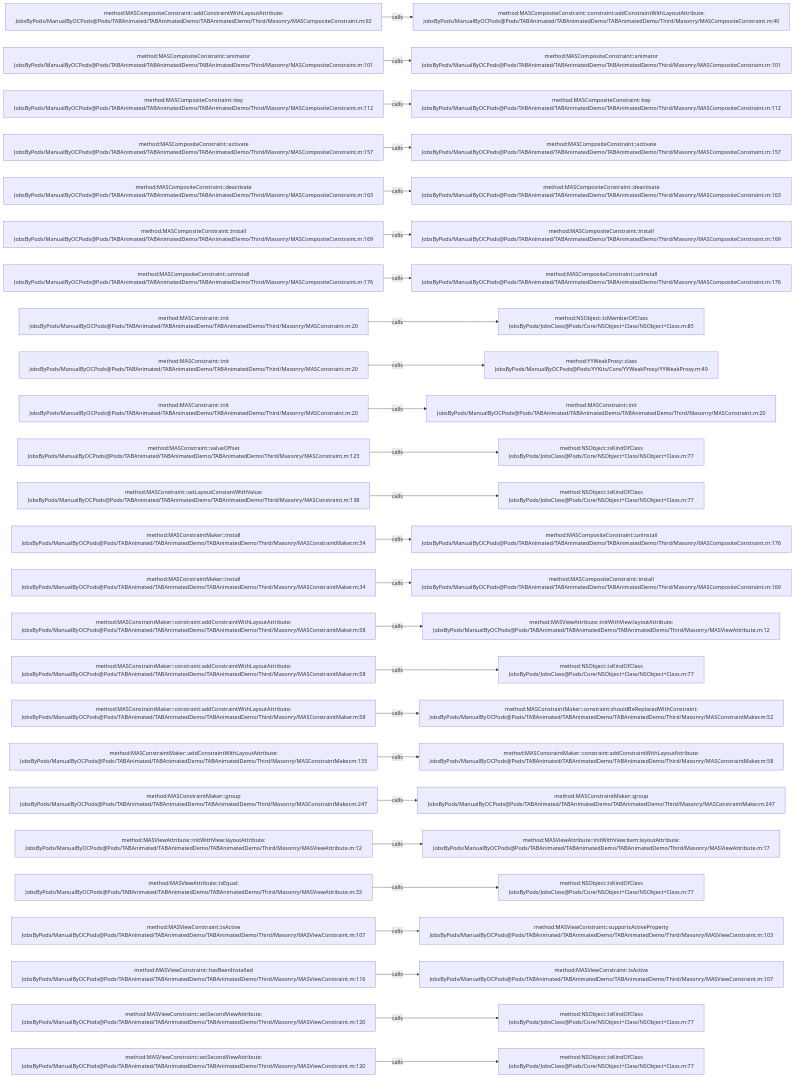
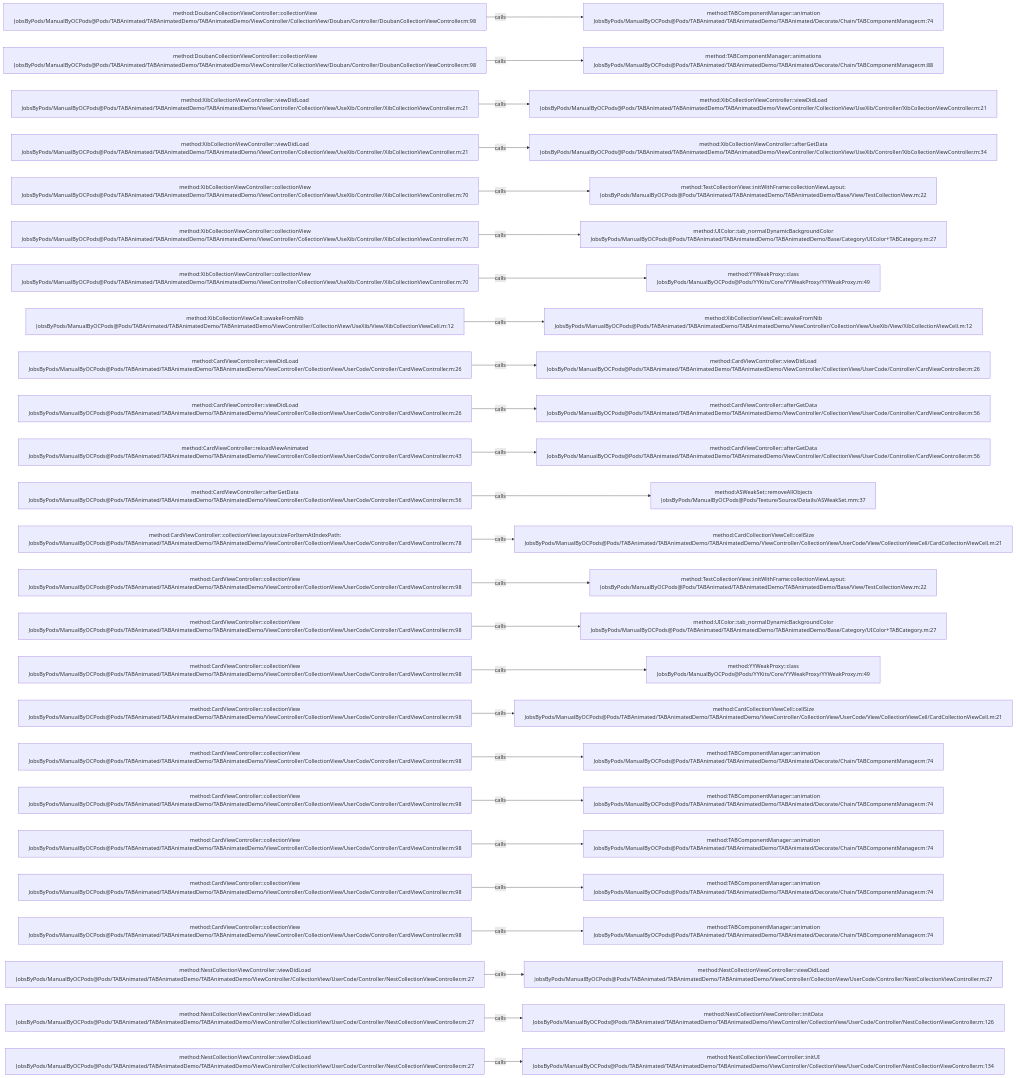
One commit to JobsKits/JobsOCBaseConfigDemo changed the diagram in .codegraph/codegraph.md/graphs/calls-036.md. Above: the diagram before and after it, drawn with Mermaid. The commit also changed 2723 other files, not shown here.

````diff
--- a/.codegraph/codegraph.md/graphs/calls-036.md
+++ b/.codegraph/codegraph.md/graphs/calls-036.md
@@ -13,78 +13,78 @@
 ```mermaid
 flowchart LR
-  S1["method:MASCompositeConstraint::addConstraintWithLayoutAttribute:<br/>JobsByPods/ManualByOCPods@Pods/TABAnimated/TABAnimatedDemo/TABAnimatedDemo/Third/Masonry/MASCompositeConstraint.m:92"]
-  T1["method:MASCompositeConstraint::constraint:addConstraintWithLayoutAttribute:<br/>JobsByPods/ManualByOCPods@Pods/TABAnimated/TABAnimatedDemo/TABAnimatedDemo/Third/Masonry/MASCompositeConstraint.m:40"]
+  S1["method:DoubanCollectionViewController::collectionView<br/>JobsByPods/ManualByOCPods@Pods/TABAnimated/TABAnimatedDemo/TABAnimatedDemo/ViewController/CollectionView/Douban/Controller/DoubanCollectionViewController.m:98"]
+  T1["method:TABComponentManager::animation<br/>JobsByPods/ManualByOCPods@Pods/TABAnimated/TABAnimatedDemo/TABAnimated/Decorate/Chain/TABComponentManager.m:74"]
   S1 -->|calls| T1
-  S2["method:MASCompositeConstraint::animator<br/>JobsByPods/ManualByOCPods@Pods/TABAnimated/TABAnimatedDemo/TABAnimatedDemo/Third/Masonry/MASCompositeConstraint.m:101"]
-  T2["method:MASCompositeConstraint::animator<br/>JobsByPods/ManualByOCPods@Pods/TABAnimated/TABAnimatedDemo/TABAnimatedDemo/Third/Masonry/MASCompositeConstraint.m:101"]
+  S2["method:DoubanCollectionViewController::collectionView<br/>JobsByPods/ManualByOCPods@Pods/TABAnimated/TABAnimatedDemo/TABAnimatedDemo/ViewController/CollectionView/Douban/Controller/DoubanCollectionViewController.m:98"]
+  T2["method:TABComponentManager::animations<br/>JobsByPods/ManualByOCPods@Pods/TABAnimated/TABAnimatedDemo/TABAnimated/Decorate/Chain/TABComponentManager.m:88"]
   S2 -->|calls| T2
-  S3["method:MASCompositeConstraint::key<br/>JobsByPods/ManualByOCPods@Pods/TABAnimated/TABAnimatedDemo/TABAnimatedDemo/Third/Masonry/MASCompositeConstraint.m:112"]
-  T3["method:MASCompositeConstraint::key<br/>JobsByPods/ManualByOCPods@Pods/TABAnimated/TABAnimatedDemo/TABAnimatedDemo/Third/Masonry/MASCompositeConstraint.m:112"]
+  S3["method:XibCollectionViewController::viewDidLoad<br/>JobsByPods/ManualByOCPods@Pods/TABAnimated/TABAnimatedDemo/TABAnimatedDemo/ViewController/CollectionView/UseXib/Controller/XibCollectionViewController.m:21"]
+  T3["method:XibCollectionViewController::viewDidLoad<br/>JobsByPods/ManualByOCPods@Pods/TABAnimated/TABAnimatedDemo/TABAnimatedDemo/ViewController/CollectionView/UseXib/Controller/XibCollectionViewController.m:21"]
   S3 -->|calls| T3
-  S4["method:MASCompositeConstraint::activate<br/>JobsByPods/ManualByOCPods@Pods/TABAnimated/TABAnimatedDemo/TABAnimatedDemo/Third/Masonry/MASCompositeConstraint.m:157"]
-  T4["method:MASCompositeConstraint::activate<br/>JobsByPods/ManualByOCPods@Pods/TABAnimated/TABAnimatedDemo/TABAnimatedDemo/Third/Masonry/MASCompositeConstraint.m:157"]
+  S4["method:XibCollectionViewController::viewDidLoad<br/>JobsByPods/ManualByOCPods@Pods/TABAnimated/TABAnimatedDemo/TABAnimatedDemo/ViewController/CollectionView/UseXib/Controller/XibCollectionViewController.m:21"]
+  T4["method:XibCollectionViewController::afterGetData<br/>JobsByPods/ManualByOCPods@Pods/TABAnimated/TABAnimatedDemo/TABAnimatedDemo/ViewController/CollectionView/UseXib/Controller/XibCollectionViewController.m:34"]
   S4 -->|calls| T4
-  S5["method:MASCompositeConstraint::deactivate<br/>JobsByPods/ManualByOCPods@Pods/TABAnimated/TABAnimatedDemo/TABAnimatedDemo/Third/Masonry/MASCompositeConstraint.m:163"]
-  T5["method:MASCompositeConstraint::deactivate<br/>JobsByPods/ManualByOCPods@Pods/TABAnimated/TABAnimatedDemo/TABAnimatedDemo/Third/Masonry/MASCompositeConstraint.m:163"]
+  S5["method:XibCollectionViewController::collectionView<br/>JobsByPods/ManualByOCPods@Pods/TABAnimated/TABAnimatedDemo/TABAnimatedDemo/ViewController/CollectionView/UseXib/Controller/XibCollectionViewController.m:70"]
+  T5["method:TestCollectionView::initWithFrame:collectionViewLayout:<br/>JobsByPods/ManualByOCPods@Pods/TABAnimated/TABAnimatedDemo/TABAnimatedDemo/Base/View/TestCollectionView.m:22"]
   S5 -->|calls| T5
-  S6["method:MASCompositeConstraint::install<br/>JobsByPods/ManualByOCPods@Pods/TABAnimated/TABAnimatedDemo/TABAnimatedDemo/Third/Masonry/MASCompositeConstraint.m:169"]
-  T6["method:MASCompositeConstraint::install<br/>JobsByPods/ManualByOCPods@Pods/TABAnimated/TABAnimatedDemo/TABAnimatedDemo/Third/Masonry/MASCompositeConstraint.m:169"]
+  S6["method:XibCollectionViewController::collectionView<br/>JobsByPods/ManualByOCPods@Pods/TABAnimated/TABAnimatedDemo/TABAnimatedDemo/ViewController/CollectionView/UseXib/Controller/XibCollectionViewController.m:70"]
+  T6["method:UIColor::tab_normalDynamicBackgroundColor<br/>JobsByPods/ManualByOCPods@Pods/TABAnimated/TABAnimatedDemo/TABAnimatedDemo/Base/Category/UIColor+TABCategory.m:27"]
   S6 -->|calls| T6
-  S7["method:MASCompositeConstraint::uninstall<br/>JobsByPods/ManualByOCPods@Pods/TABAnimated/TABAnimatedDemo/TABAnimatedDemo/Third/Masonry/MASCompositeConstraint.m:176"]
-  T7["method:MASCompositeConstraint::uninstall<br/>JobsByPods/ManualByOCPods@Pods/TABAnimated/TABAnimatedDemo/TABAnimatedDemo/Third/Masonry/MASCompositeConstraint.m:176"]
+  S7["method:XibCollectionViewController::collectionView<br/>JobsByPods/ManualByOCPods@Pods/TABAnimated/TABAnimatedDemo/TABAnimatedDemo/ViewController/CollectionView/UseXib/Controller/XibCollectionViewController.m:70"]
+  T7["method:YYWeakProxy::class<br/>JobsByPods/ManualByOCPods@Pods/YYKits/Core/YYWeakProxy/YYWeakProxy.m:49"]
   S7 -->|calls| T7
-  S8["method:MASConstraint::init<br/>JobsByPods/ManualByOCPods@Pods/TABAnimated/TABAnimatedDemo/TABAnimatedDemo/Third/Masonry/MASConstraint.m:20"]
-  T8["method:NSObject::isMemberOfClass<br/>JobsByPods/JobsClass@Pods/Core/NSObject+Class/NSObject+Class.m:85"]
+  S8["method:XibCollectionViewCell::awakeFromNib<br/>JobsByPods/ManualByOCPods@Pods/TABAnimated/TABAnimatedDemo/TABAnimatedDemo/ViewController/CollectionView/UseXib/View/XibCollectionViewCell.m:12"]
+  T8["method:XibCollectionViewCell::awakeFromNib<br/>JobsByPods/ManualByOCPods@Pods/TABAnimated/TABAnimatedDemo/TABAnimatedDemo/ViewController/CollectionView/UseXib/View/XibCollectionViewCell.m:12"]
   S8 -->|calls| T8
-  S9["method:MASConstraint::init<br/>JobsByPods/ManualByOCPods@Pods/TABAnimated/TABAnimatedDemo/TABAnimatedDemo/Third/Masonry/MASConstraint.m:20"]
-  T9["method:YYWeakProxy::class<br/>JobsByPods/ManualByOCPods@Pods/YYKits/Core/YYWeakProxy/YYWeakProxy.m:49"]
+  S9["method:CardViewController::viewDidLoad<br/>JobsByPods/ManualByOCPods@Pods/TABAnimated/TABAnimatedDemo/TABAnimatedDemo/ViewController/CollectionView/UserCode/Controller/CardViewController.m:26"]
+  T9["method:CardViewController::viewDidLoad<br/>JobsByPods/ManualByOCPods@Pods/TABAnimated/TABAnimatedDemo/TABAnimatedDemo/ViewController/CollectionView/UserCode/Controller/CardViewController.m:26"]
   S9 -->|calls| T9
-  S10["method:MASConstraint::init<br/>JobsByPods/ManualByOCPods@Pods/TABAnimated/TABAnimatedDemo/TABAnimatedDemo/Third/Masonry/MASConstraint.m:20"]
-  T10["method:MASConstraint::init<br/>JobsByPods/ManualByOCPods@Pods/TABAnimated/TABAnimatedDemo/TABAnimatedDemo/Third/Masonry/MASConstraint.m:20"]
+  S10["method:CardViewController::viewDidLoad<br/>JobsByPods/ManualByOCPods@Pods/TABAnimated/TABAnimatedDemo/TABAnimatedDemo/ViewController/CollectionView/UserCode/Controller/CardViewController.m:26"]
+  T10["method:CardViewController::afterGetData<br/>JobsByPods/ManualByOCPods@Pods/TABAnimated/TABAnimatedDemo/TABAnimatedDemo/ViewController/CollectionView/UserCode/Controller/CardViewController.m:56"]
   S10 -->|calls| T10
-  S11["method:MASConstraint::valueOffset<br/>JobsByPods/ManualByOCPods@Pods/TABAnimated/TABAnimatedDemo/TABAnimatedDemo/Third/Masonry/MASConstraint.m:123"]
-  T11["method:NSObject::isKindOfClass<br/>JobsByPods/JobsClass@Pods/Core/NSObject+Class/NSObject+Class.m:77"]
+  S11["method:CardViewController::reloadViewAnimated<br/>JobsByPods/ManualByOCPods@Pods/TABAnimated/TABAnimatedDemo/TABAnimatedDemo/ViewController/CollectionView/UserCode/Controller/CardViewController.m:43"]
+  T11["method:CardViewController::afterGetData<br/>JobsByPods/ManualByOCPods@Pods/TABAnimated/TABAnimatedDemo/TABAnimatedDemo/ViewController/CollectionView/UserCode/Controller/CardViewController.m:56"]
   S11 -->|calls| T11
-  S12["method:MASConstraint::setLayoutConstantWithValue:<br/>JobsByPods/ManualByOCPods@Pods/TABAnimated/TABAnimatedDemo/TABAnimatedDemo/Third/Masonry/MASConstraint.m:138"]
-  T12["method:NSObject::isKindOfClass<br/>JobsByPods/JobsClass@Pods/Core/NSObject+Class/NSObject+Class.m:77"]
+  S12["method:CardViewController::afterGetData<br/>JobsByPods/ManualByOCPods@Pods/TABAnimated/TABAnimatedDemo/TABAnimatedDemo/ViewController/CollectionView/UserCode/Controller/CardViewController.m:56"]
+  T12["method:ASWeakSet::removeAllObjects<br/>JobsByPods/ManualByOCPods@Pods/Texture/Source/Details/ASWeakSet.mm:37"]
   S12 -->|calls| T12
-  S13["method:MASConstraintMaker::install<br/>JobsByPods/ManualByOCPods@Pods/TABAnimated/TABAnimatedDemo/TABAnimatedDemo/Third/Masonry/MASConstraintMaker.m:34"]
-  T13["method:MASCompositeConstraint::uninstall<br/>JobsByPods/ManualByOCPods@Pods/TABAnimated/TABAnimatedDemo/TABAnimatedDemo/Third/Masonry/MASCompositeConstraint.m:176"]
+  S13["method:CardViewController::collectionView:layout:sizeForItemAtIndexPath:<br/>JobsByPods/ManualByOCPods@Pods/TABAnimated/TABAnimatedDemo/TABAnimatedDemo/ViewController/CollectionView/UserCode/Controller/CardViewController.m:78"]
+  T13["method:CardCollectionViewCell::cellSize<br/>JobsByPods/ManualByOCPods@Pods/TABAnimated/TABAnimatedDemo/TABAnimatedDemo/ViewController/CollectionView/UserCode/View/CollectionViewCell/CardCollectionViewCell.m:21"]
   S13 -->|calls| T13
-  S14["method:MASConstraintMaker::install<br/>JobsByPods/ManualByOCPods@Pods/TABAnimated/TABAnimatedDemo/TABAnimatedDemo/Third/Masonry/MASConstraintMaker.m:34"]
-  T14["method:MASCompositeConstraint::install<br/>JobsByPods/ManualByOCPods@Pods/TABAnimated/TABAnimatedDemo/TABAnimatedDemo/Third/Masonry/MASCompositeConstraint.m:169"]
+  S14["method:CardViewController::collectionView<br/>JobsByPods/ManualByOCPods@Pods/TABAnimated/TABAnimatedDemo/TABAnimatedDemo/ViewController/CollectionView/UserCode/Controller/CardViewController.m:98"]
+  T14["method:TestCollectionView::initWithFrame:collectionViewLayout:<br/>JobsByPods/ManualByOCPods@Pods/TABAnimated/TABAnimatedDemo/TABAnimatedDemo/Base/View/TestCollectionView.m:22"]
   S14 -->|calls| T14
-  S15["method:MASConstraintMaker::constraint:addConstraintWithLayoutAttribute:<br/>JobsByPods/ManualByOCPods@Pods/TABAnimated/TABAnimatedDemo/TABAnimatedDemo/Third/Masonry/MASConstraintMaker.m:58"]
-  T15["method:MASViewAttribute::initWithView:layoutAttribute:<br/>JobsByPods/ManualByOCPods@Pods/TABAnimated/TABAnimatedDemo/TABAnimatedDemo/Third/Masonry/MASViewAttribute.m:12"]
+  S15["method:CardViewController::collectionView<br/>JobsByPods/ManualByOCPods@Pods/TABAnimated/TABAnimatedDemo/TABAnimatedDemo/ViewController/CollectionView/UserCode/Controller/CardViewController.m:98"]
+  T15["method:UIColor::tab_normalDynamicBackgroundColor<br/>JobsByPods/ManualByOCPods@Pods/TABAnimated/TABAnimatedDemo/TABAnimatedDemo/Base/Category/UIColor+TABCategory.m:27"]
   S15 -->|calls| T15
-  S16["method:MASConstraintMaker::constraint:addConstraintWithLayoutAttribute:<br/>JobsByPods/ManualByOCPods@Pods/TABAnimated/TABAnimatedDemo/TABAnimatedDemo/Third/Masonry/MASConstraintMaker.m:58"]
-  T16["method:NSObject::isKindOfClass<br/>JobsByPods/JobsClass@Pods/Core/NSObject+Class/NSObject+Class.m:77"]
+  S16["method:CardViewController::collectionView<br/>JobsByPods/ManualByOCPods@Pods/TABAnimated/TABAnimatedDemo/TABAnimatedDemo/ViewController/CollectionView/UserCode/Controller/CardViewController.m:98"]
+  T16["method:YYWeakProxy::class<br/>JobsByPods/ManualByOCPods@Pods/YYKits/Core/YYWeakProxy/YYWeakProxy.m:49"]
   S16 -->|calls| T16
-  S17["method:MASConstraintMaker::constraint:addConstraintWithLayoutAttribute:<br/>JobsByPods/ManualByOCPods@Pods/TABAnimated/TABAnimatedDemo/TABAnimatedDemo/Third/Masonry/MASConstraintMaker.m:58"]
-  T17["method:MASConstraintMaker::constraint:shouldBeReplacedWithConstraint:<br/>JobsByPods/ManualByOCPods@Pods/TABAnimated/TABAnimatedDemo/TABAnimatedDemo/Third/Masonry/MASConstraintMaker.m:52"]
+  S17["method:CardViewController::collectionView<br/>JobsByPods/ManualByOCPods@Pods/TABAnimated/TABAnimatedDemo/TABAnimatedDemo/ViewController/CollectionView/UserCode/Controller/CardViewController.m:98"]
+  T17["method:CardCollectionViewCell::cellSize<br/>JobsByPods/ManualByOCPods@Pods/TABAnimated/TABAnimatedDemo/TABAnimatedDemo/ViewController/CollectionView/UserCode/View/CollectionViewCell/CardCollectionViewCell.m:21"]
   S17 -->|calls| T17
-  S18["method:MASConstraintMaker::addConstraintWithLayoutAttribute:<br/>JobsByPods/ManualByOCPods@Pods/TABAnimated/TABAnimatedDemo/TABAnimatedDemo/Third/Masonry/MASConstraintMaker.m:133"]
-  T18["method:MASConstraintMaker::constraint:addConstraintWithLayoutAttribute:<br/>JobsByPods/ManualByOCPods@Pods/TABAnimated/TABAnimatedDemo/TABAnimatedDemo/Third/Masonry/MASConstraintMaker.m:58"]
+  S18["method:CardViewController::collectionView<br/>JobsByPods/ManualByOCPods@Pods/TABAnimated/TABAnimatedDemo/TABAnimatedDemo/ViewController/CollectionView/UserCode/Controller/CardViewController.m:98"]
+  T18["method:TABComponentManager::animation<br/>JobsByPods/ManualByOCPods@Pods/TABAnimated/TABAnimatedDemo/TABAnimated/Decorate/Chain/TABComponentManager.m:74"]
   S18 -->|calls| T18
-  S19["method:MASConstraintMaker::group<br/>JobsByPods/ManualByOCPods@Pods/TABAnimated/TABAnimatedDemo/TABAnimatedDemo/Third/Masonry/MASConstraintMaker.m:247"]
-  T19["method:MASConstraintMaker::group<br/>JobsByPods/ManualByOCPods@Pods/TABAnimated/TABAnimatedDemo/TABAnimatedDemo/Third/Masonry/MASConstraintMaker.m:247"]
+  S19["method:CardViewController::collectionView<br/>JobsByPods/ManualByOCPods@Pods/TABAnimated/TABAnimatedDemo/TABAnimatedDemo/ViewController/CollectionView/UserCode/Controller/CardViewController.m:98"]
+  T19["method:TABComponentManager::animation<br/>JobsByPods/ManualByOCPods@Pods/TABAnimated/TABAnimatedDemo/TABAnimated/Decorate/Chain/TABComponentManager.m:74"]
   S19 -->|calls| T19
-  S20["method:MASViewAttribute::initWithView:layoutAttribute:<br/>JobsByPods/ManualByOCPods@Pods/TABAnimated/TABAnimatedDemo/TABAnimatedDemo/Third/Masonry/MASViewAttribute.m:12"]
-  T20["method:MASViewAttribute::initWithView:item:layoutAttribute:<br/>JobsByPods/ManualByOCPods@Pods/TABAnimated/TABAnimatedDemo/TABAnimatedDemo/Third/Masonry/MASViewAttribute.m:17"]
+  S20["method:CardViewController::collectionView<br/>JobsByPods/ManualByOCPods@Pods/TABAnimated/TABAnimatedDemo/TABAnimatedDemo/ViewController/CollectionView/UserCode/Controller/CardViewController.m:98"]
+  T20["method:TABComponentManager::animation<br/>JobsByPods/ManualByOCPods@Pods/TABAnimated/TABAnimatedDemo/TABAnimated/Decorate/Chain/TABComponentManager.m:74"]
   S20 -->|calls| T20
-  S21["method:MASViewAttribute::isEqual:<br/>JobsByPods/ManualByOCPods@Pods/TABAnimated/TABAnimatedDemo/TABAnimatedDemo/Third/Masonry/MASViewAttribute.m:33"]
-  T21["method:NSObject::isKindOfClass<br/>JobsByPods/JobsClass@Pods/Core/NSObject+Class/NSObject+Class.m:77"]
+  S21["method:CardViewController::collectionView<br/>JobsByPods/ManualByOCPods@Pods/TABAnimated/TABAnimatedDemo/TABAnimatedDemo/ViewController/CollectionView/UserCode/Controller/CardViewController.m:98"]
+  T21["method:TABComponentManager::animation<br/>JobsByPods/ManualByOCPods@Pods/TABAnimated/TABAnimatedDemo/TABAnimated/Decorate/Chain/TABComponentManager.m:74"]
   S21 -->|calls| T21
-  S22["method:MASViewConstraint::isActive<br/>JobsByPods/ManualByOCPods@Pods/TABAnimated/TABAnimatedDemo/TABAnimatedDemo/Third/Masonry/MASViewConstraint.m:107"]
-  T22["method:MASViewConstraint::supportsActiveProperty<br/>JobsByPods/ManualByOCPods@Pods/TABAnimated/TABAnimatedDemo/TABAnimatedDemo/Third/Masonry/MASViewConstraint.m:103"]
+  S22["method:CardViewController::collectionView<br/>JobsByPods/ManualByOCPods@Pods/TABAnimated/TABAnimatedDemo/TABAnimatedDemo/ViewController/CollectionView/UserCode/Controller/CardViewController.m:98"]
+  T22["method:TABComponentManager::animation<br/>JobsByPods/ManualByOCPods@Pods/TABAnimated/TABAnimatedDemo/TABAnimated/Decorate/Chain/TABComponentManager.m:74"]
   S22 -->|calls| T22
-  S23["method:MASViewConstraint::hasBeenInstalled<br/>JobsByPods/ManualByOCPods@Pods/TABAnimated/TABAnimatedDemo/TABAnimatedDemo/Third/Masonry/MASViewConstraint.m:116"]
-  T23["method:MASViewConstraint::isActive<br/>JobsByPods/ManualByOCPods@Pods/TABAnimated/TABAnimatedDemo/TABAnimatedDemo/Third/Masonry/MASViewConstraint.m:107"]
+  S23["method:NestCollectionViewController::viewDidLoad<br/>JobsByPods/ManualByOCPods@Pods/TABAnimated/TABAnimatedDemo/TABAnimatedDemo/ViewController/CollectionView/UserCode/Controller/NestCollectionViewController.m:27"]
+  T23["method:NestCollectionViewController::viewDidLoad<br/>JobsByPods/ManualByOCPods@Pods/TABAnimated/TABAnimatedDemo/TABAnimatedDemo/ViewController/CollectionView/UserCode/Controller/NestCollectionViewController.m:27"]
   S23 -->|calls| T23
-  S24["method:MASViewConstraint::setSecondViewAttribute:<br/>JobsByPods/ManualByOCPods@Pods/TABAnimated/TABAnimatedDemo/TABAnimatedDemo/Third/Masonry/MASViewConstraint.m:120"]
-  T24["method:NSObject::isKindOfClass<br/>JobsByPods/JobsClass@Pods/Core/NSObject+Class/NSObject+Class.m:77"]
+  S24["method:NestCollectionViewController::viewDidLoad<br/>JobsByPods/ManualByOCPods@Pods/TABAnimated/TABAnimatedDemo/TABAnimatedDemo/ViewController/CollectionView/UserCode/Controller/NestCollectionViewController.m:27"]
+  T24["method:NestCollectionViewController::initData<br/>JobsByPods/ManualByOCPods@Pods/TABAnimated/TABAnimatedDemo/TABAnimatedDemo/ViewController/CollectionView/UserCode/Controller/NestCollectionViewController.m:126"]
   S24 -->|calls| T24
-  S25["method:MASViewConstraint::setSecondViewAttribute:<br/>JobsByPods/ManualByOCPods@Pods/TABAnimated/TABAnimatedDemo/TABAnimatedDemo/Third/Masonry/MASViewConstraint.m:120"]
-  T25["method:NSObject::isKindOfClass<br/>JobsByPods/JobsClass@Pods/Core/NSObject+Class/NSObject+Class.m:77"]
+  S25["method:NestCollectionViewController::viewDidLoad<br/>JobsByPods/ManualByOCPods@Pods/TABAnimated/TABAnimatedDemo/TABAnimatedDemo/ViewController/CollectionView/UserCode/Controller/NestCollectionViewController.m:27"]
+  T25["method:NestCollectionViewController::initUI<br/>JobsByPods/ManualByOCPods@Pods/TABAnimated/TABAnimatedDemo/TABAnimatedDemo/ViewController/CollectionView/UserCode/Controller/NestCollectionViewController.m:134"]
   S25 -->|calls| T25
 ```
````
